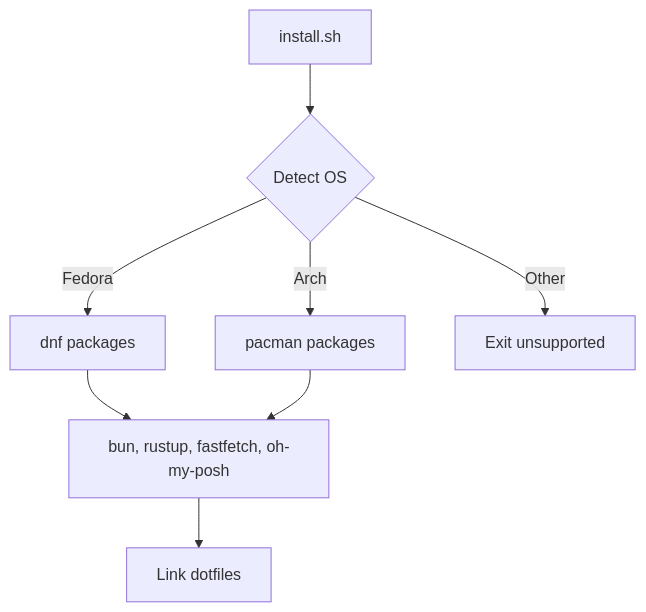
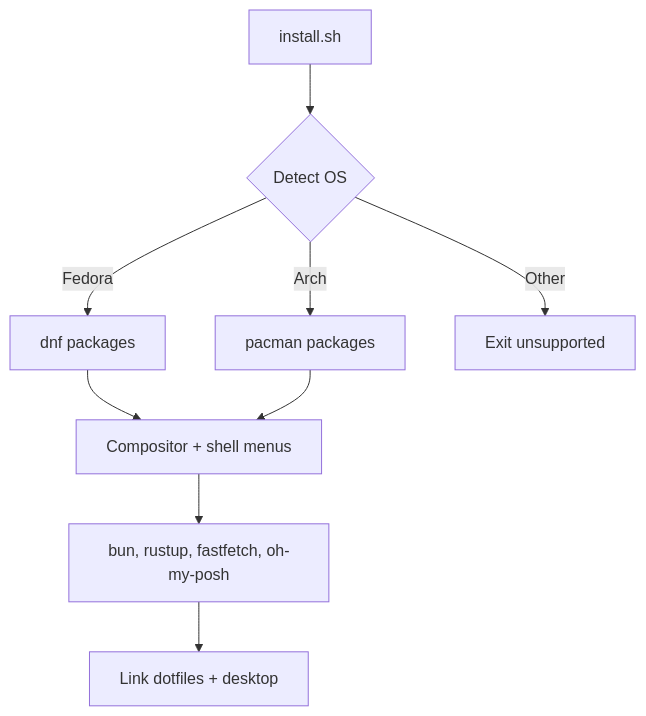
Before and after one commit to kmfd14/myeow-linux-config: the diagram in README.md, drawn with Mermaid. The commit also changed other lines of this file and 246 other files, not shown here.

Commit message:
feat: add Wayland rice installer with compositor and shell menus

````diff
--- a/README.md
+++ b/README.md
@@ -51,10 +59,11 @@
 ```mermaid
 flowchart TD
   start["install.sh"] --> os{"Detect OS"}
   os -->|Fedora| fedora["dnf packages"]
   os -->|Arch| arch["pacman packages"]
   os -->|Other| fail["Exit unsupported"]
-  fedora --> tools["bun, rustup, fastfetch, oh-my-posh"]
-  arch --> tools
-  tools --> links["Link dotfiles"]
+  fedora --> menu["Compositor + shell menus"]
+  arch --> menu
+  menu --> tools["bun, rustup, fastfetch, oh-my-posh"]
+  tools --> links["Link dotfiles + desktop"]
 ```
````
